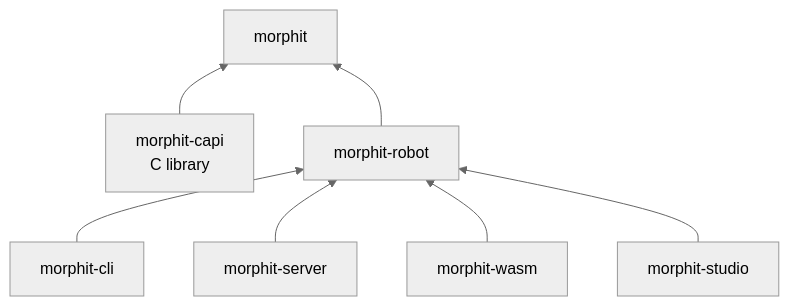
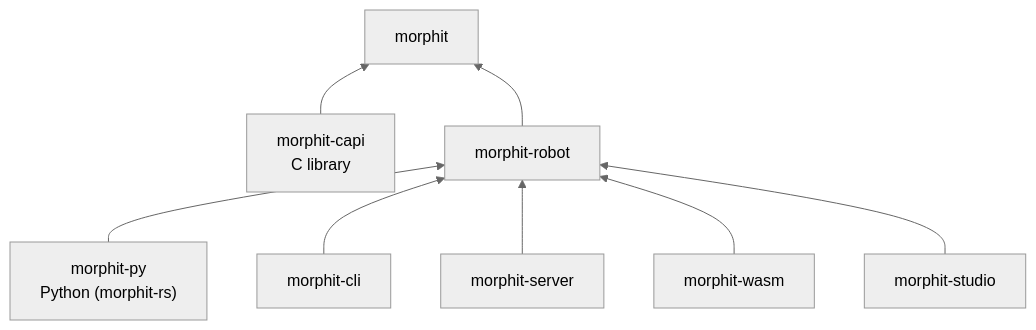
One commit to KevinGliewe/MorphIt-rs changed the second of 2 diagrams in README.md. Above: the diagram before and after it, drawn with Mermaid (neutral theme). The commit also changed other lines of this file and 31 other files, not shown here.

````diff
--- a/README.md
+++ b/README.md
@@ -215,9 +234,10 @@
 ```mermaid
 flowchart BT
     capi["morphit-capi<br>C library"] --> core["morphit"]
+    py["morphit-py<br>Python (morphit-rs)"] --> robot
     robot["morphit-robot"] --> core
     cli["morphit-cli"] --> robot
     server["morphit-server"] --> robot
     wasm["morphit-wasm"] --> robot
     studio["morphit-studio"] --> robot
 ```
````
